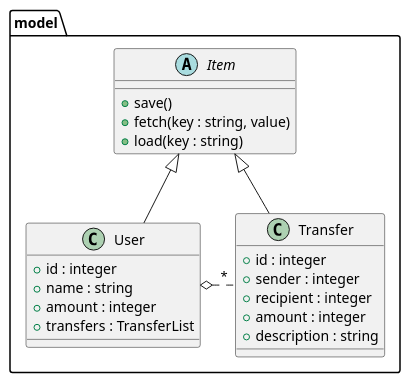
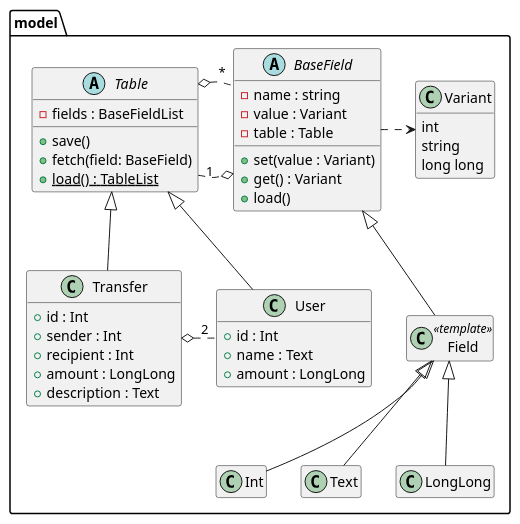
The diagram in uml/model-class.puml (bonewell/moneybox), drawn with PlantUML before and after one commit. The commit also changed 4 other files, not shown here.

Commit message:
Add UML diagram for DB wrapper

```diff
--- a/uml/model-class.puml
+++ b/uml/model-class.puml
@@ -1,26 +1,49 @@
 @startuml
+hide empty members
 namespace model {
-    abstract class Item {
+    class Variant {
+        int
+        string
+        long long
+    }
+    abstract class Table {
+        - fields : BaseFieldList
         + save()
-        + fetch(key : string, value)
-        + load(key : string)
+        + fetch(field: BaseField)
+        + {static} load() : TableList
+    }
+    abstract class BaseField {
+        - name : string
+        - value : Variant
+        - table : Table
+        + set(value : Variant)
+        + get() : Variant
+        + load()
+    }
+    class Field << template >> {
     }
     class User {
-        + id : integer
-        + name : string
-        + amount : integer
-        + transfers : TransferList
+        + id : Int
+        + name : Text
+        + amount : LongLong
     }
     class Transfer {
-        + id : integer
-        + sender : integer
-        + recipient : integer
-        + amount : integer
-        + description : string
+        + id : Int
+        + sender : Int
+        + recipient : Int
+        + amount : LongLong
+        + description : Text
     }
 
-    Item <|-- User
-    Item <|-- Transfer
-    User o. "*" Transfer
+    BaseField .> Variant
+    BaseField <|-- Field
+    Field <|-- Int
+    Field <|-- Text
+    Field <|-- LongLong
+    Table "1" .o BaseField
+    Table o. "*" BaseField
+    Table <|-- User
+    Table <|-- Transfer
+    Transfer o. "2" User
 }
 @enduml
```
